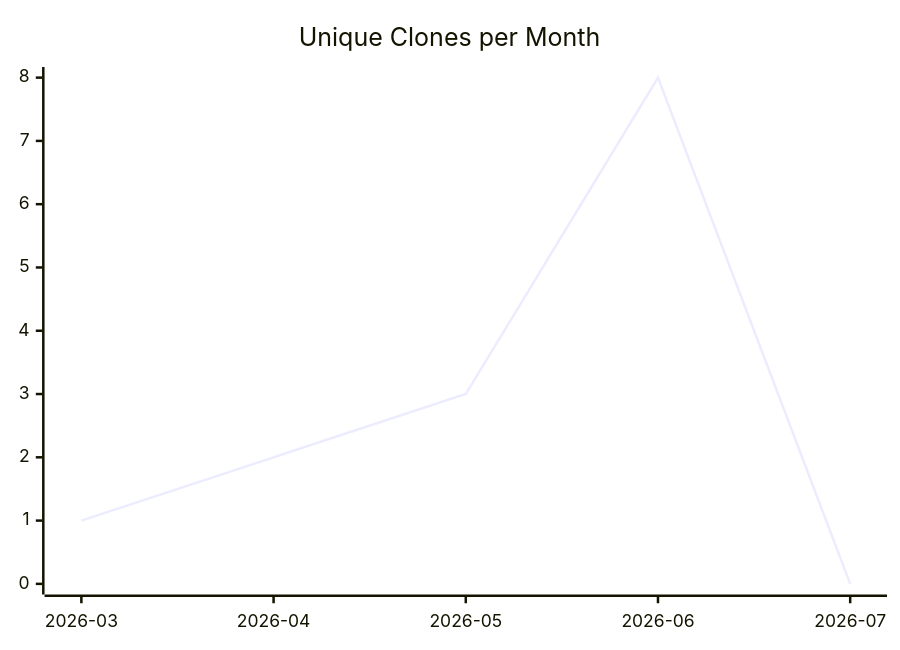
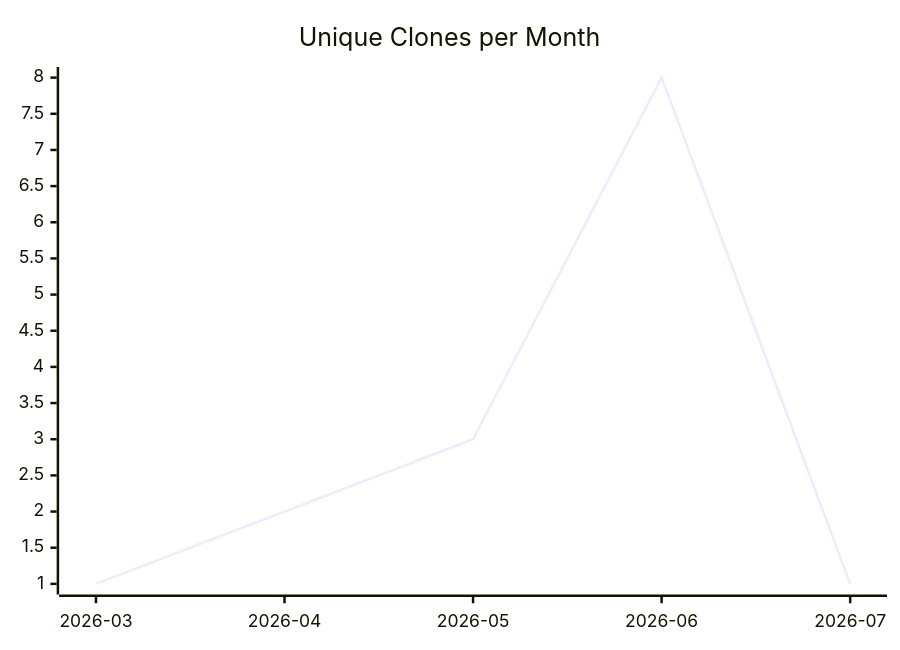
One commit to justdavis-family/github-analytics-data changed the third of 3 diagrams in karlmdavis/datanucleus-test-jdo-1-to-n/README.md. Above: the diagram before and after it, drawn with Mermaid. The commit also changed other lines of this file and 188 other files, not shown here.

````diff
--- a/karlmdavis/datanucleus-test-jdo-1-to-n/README.md
+++ b/karlmdavis/datanucleus-test-jdo-1-to-n/README.md
@@ -19,6 +19,6 @@
 ```mermaid
 xychart-beta
   title "Unique Clones per Month"
   x-axis ["2026-03", "2026-04", "2026-05", "2026-06", "2026-07"]
-  line [1, 2, 3, 8, 0]
+  line [1, 2, 3, 8, 1]
 ```
````
